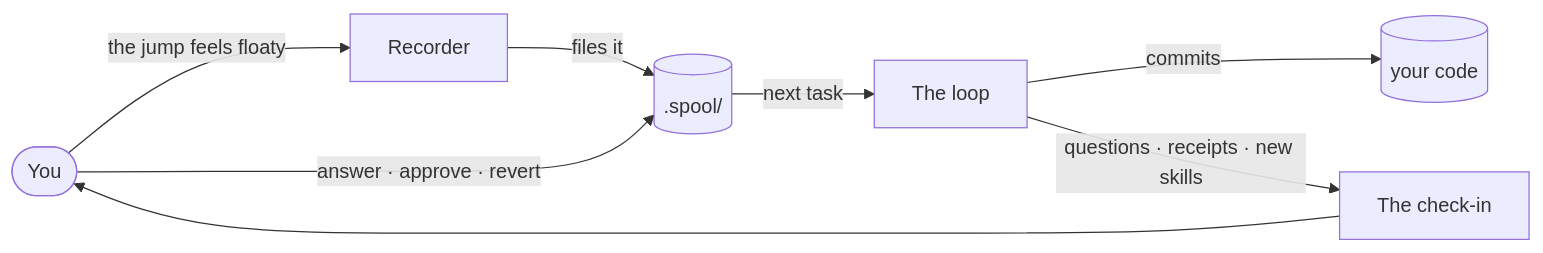
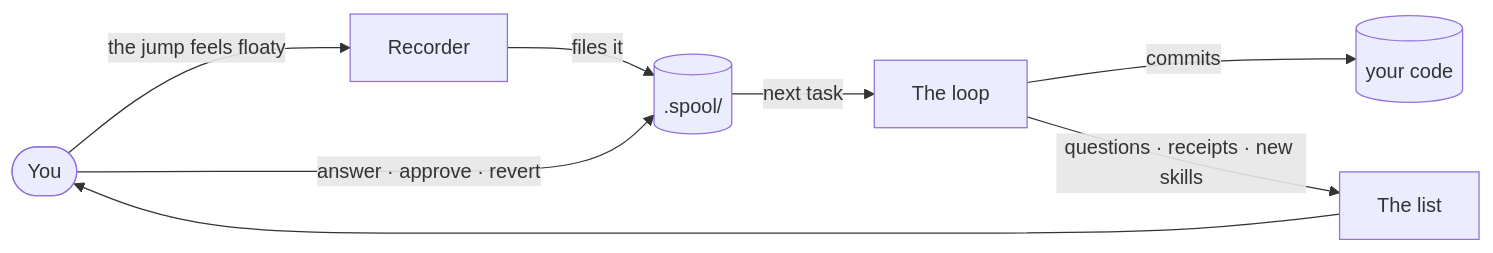
The diagram in README.md (danielportnov/spool), drawn with Mermaid before and after one commit. The commit also changed other lines of this file and 8 other files, not shown here.

````diff
--- a/README.md
+++ b/README.md
@@ -21,10 +21,10 @@
 ```mermaid
 flowchart LR
   you(["You"]) -- "the jump feels floaty" --> rec["Recorder"]
   rec -- "files it" --> q[(".spool/")]
   q -- "next task" --> w["The loop"]
   w -- "commits" --> code[("your code")]
-  w -- "questions · receipts · new skills" --> rev["The check-in"]
+  w -- "questions · receipts · new skills" --> rev["The list"]
   rev --> you
   you -- "answer · approve · revert" --> q
 ```
````
